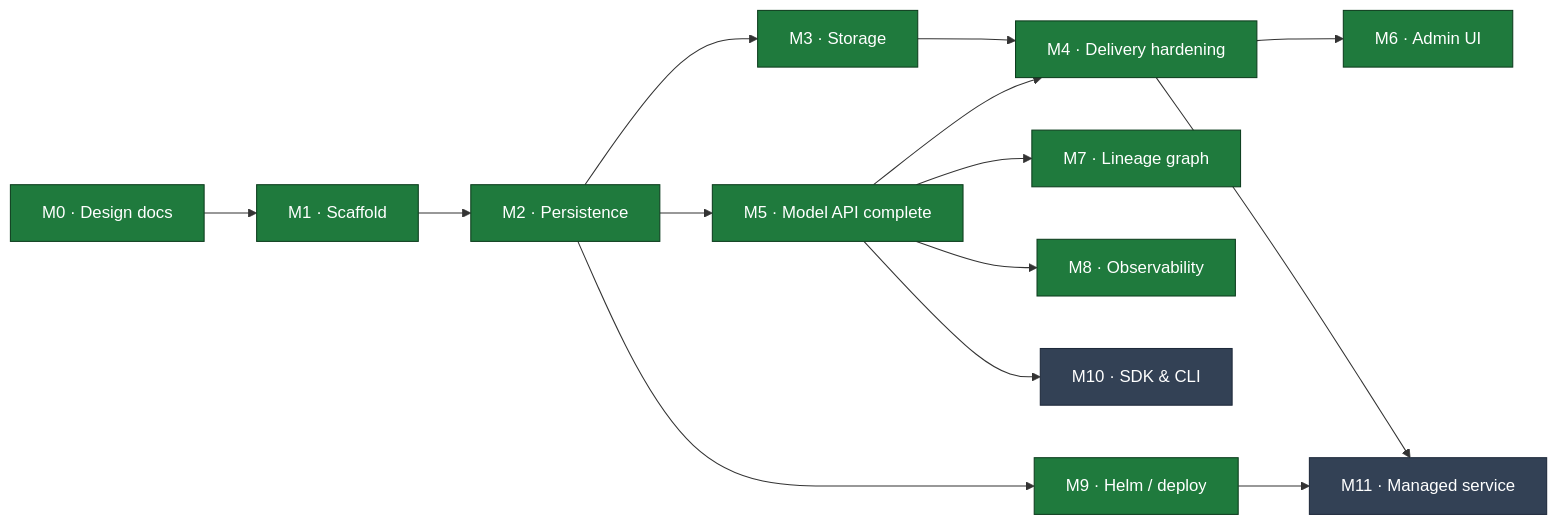
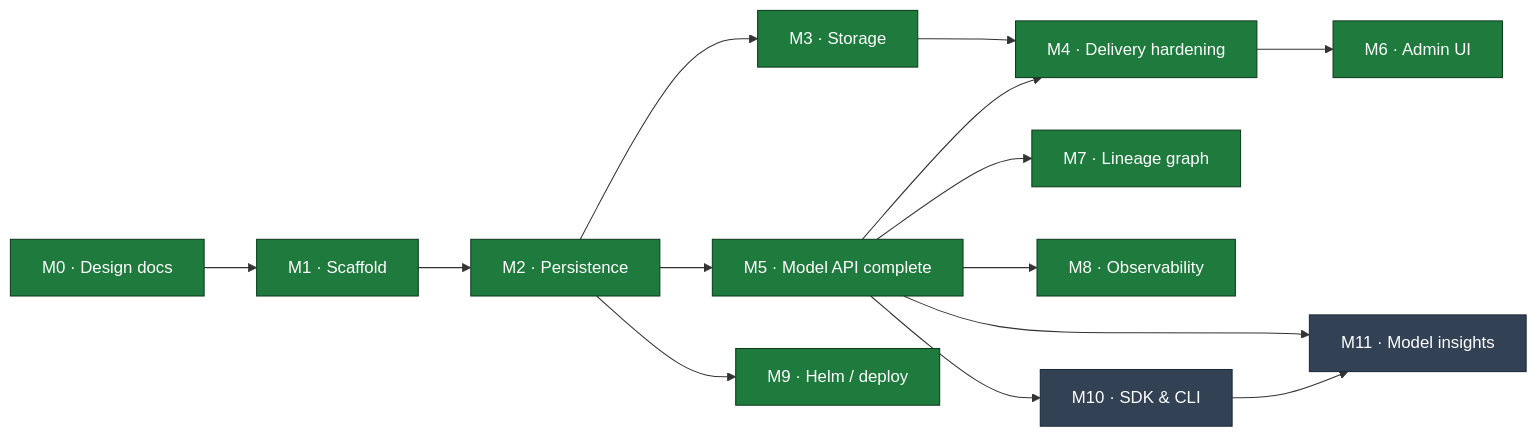
The diagram in MILESTONES.md (proseria-research/lineage), drawn with Mermaid before and after one commit. The commit also changed other lines of this file and 4 other files, not shown here.

````diff
--- a/MILESTONES.md
+++ b/MILESTONES.md
@@ -11,22 +11,22 @@
 ```mermaid
 flowchart LR
     M0["M0 · Design docs"] --> M1["M1 · Scaffold"]
     M1 --> M2["M2 · Persistence"]
     M2 --> M3["M3 · Storage"]
     M2 --> M5["M5 · Model API complete"]
     M3 --> M4["M4 · Delivery hardening"]
     M5 --> M4
     M5 --> M7["M7 · Lineage graph"]
     M4 --> M6["M6 · Admin UI"]
     M5 --> M8["M8 · Observability"]
     M2 --> M9["M9 · Helm / deploy"]
     M5 --> M10["M10 · SDK & CLI"]
-    M9 --> M11["M11 · Managed service"]
-    M4 --> M11
+    M5 --> M11["M11 · Model insights"]
+    M10 --> M11
 
     classDef done fill:#1f7a3d,stroke:#0d3d1e,color:#fff;
     classDef active fill:#b45309,stroke:#7c3a06,color:#fff;
     classDef todo fill:#334155,stroke:#1e293b,color:#fff;
     class M0,M1,M2,M3,M4,M5,M6,M7,M8,M9 done;
     class M10,M11 todo;
 ```
````
